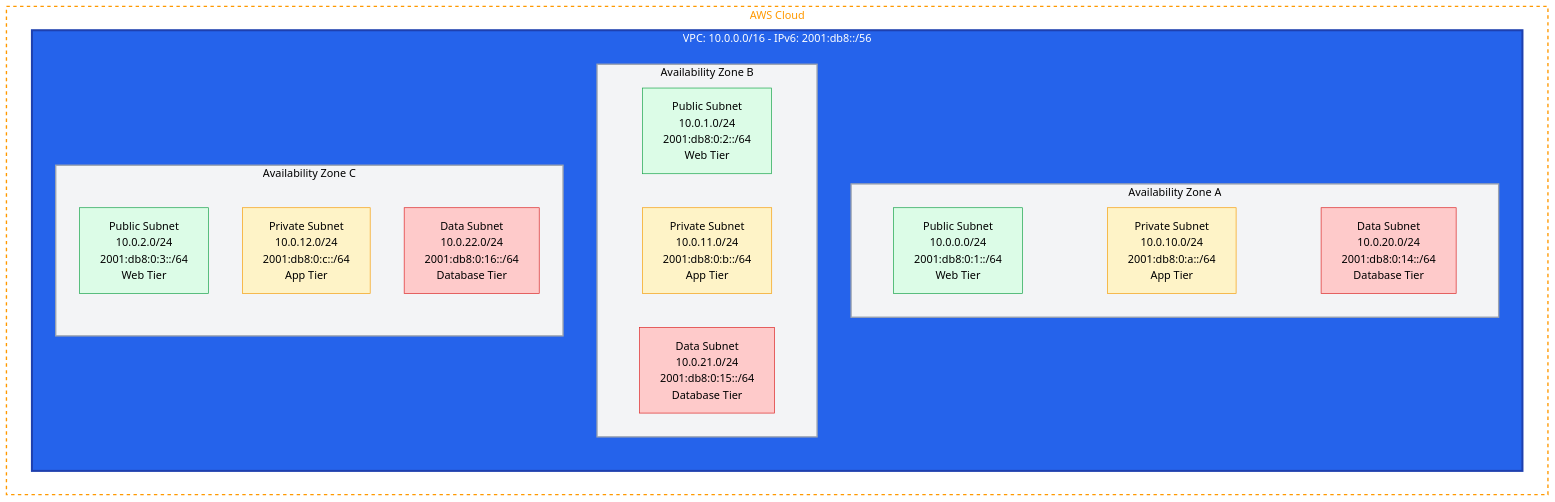
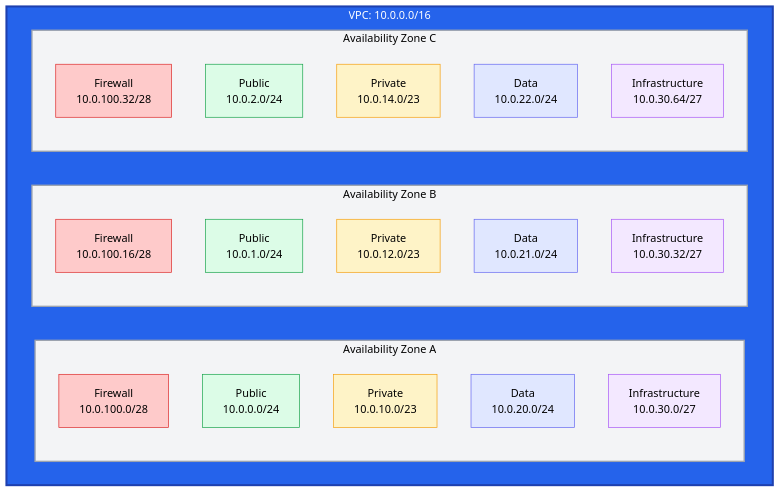
Before and after one commit to aws/aws-networking-best-practices: the diagram in content/foundation/subnets.md, drawn with Mermaid. The commit also changed other lines of this file and 41 other files, not shown here.

````diff
--- a/content/foundation/subnets.md
+++ b/content/foundation/subnets.md
@@ -5,40 +10,48 @@
 ``` mermaid
 graph TB
-    subgraph AWS["AWS Cloud"]
-        subgraph VPC["VPC: 10.0.0.0/16 - IPv6: 2001:db8::/56"]
-            subgraph AZA["Availability Zone A"]
-                PubA["Public Subnet<br/>10.0.0.0/24<br/>2001:db8:0:1::/64<br/>Web Tier"]
-                PrivA["Private Subnet<br/>10.0.10.0/24<br/>2001:db8:0:a::/64<br/>App Tier"]
-                DataA["Data Subnet<br/>10.0.20.0/24<br/>2001:db8:0:14::/64<br/>Database Tier"]
-                PubA ~~~ PrivA ~~~ DataA
-            end
-            
-            subgraph AZB["Availability Zone B"]
-                PubB["Public Subnet<br/>10.0.1.0/24<br/>2001:db8:0:2::/64<br/>Web Tier"]
-                PrivB["Private Subnet<br/>10.0.11.0/24<br/>2001:db8:0:b::/64<br/>App Tier"]
-                DataB["Data Subnet<br/>10.0.21.0/24<br/>2001:db8:0:15::/64<br/>Database Tier"]
-            end
-            
-            subgraph AZC["Availability Zone C"]
-                PubC["Public Subnet<br/>10.0.2.0/24<br/>2001:db8:0:3::/64<br/>Web Tier"]
-                PrivC["Private Subnet<br/>10.0.12.0/24<br/>2001:db8:0:c::/64<br/>App Tier"]
-                DataC["Data Subnet<br/>10.0.22.0/24<br/>2001:db8:0:16::/64<br/>Database Tier"]
-            end
+    subgraph VPC["VPC: 10.0.0.0/16"]
+        subgraph AZA["Availability Zone A"]
+            FWA["Firewall<br/>10.0.100.0/28"]
+            PubA["Public<br/>10.0.0.0/24"]
+            PrivA["Private<br/>10.0.10.0/23"]
+            DataA["Data<br/>10.0.20.0/24"]
+            InfraA["Infrastructure<br/>10.0.30.0/27"]
+        end
+        
+        subgraph AZB["Availability Zone B"]
+            FWB["Firewall<br/>10.0.100.16/28"]
+            PubB["Public<br/>10.0.1.0/24"]
+            PrivB["Private<br/>10.0.12.0/23"]
+            DataB["Data<br/>10.0.21.0/24"]
+            InfraB["Infrastructure<br/>10.0.30.32/27"]
+        end
+        
+        subgraph AZC["Availability Zone C"]
+            FWC["Firewall<br/>10.0.100.32/28"]
+            PubC["Public<br/>10.0.2.0/24"]
+            PrivC["Private<br/>10.0.14.0/23"]
+            DataC["Data<br/>10.0.22.0/24"]
+            InfraC["Infrastructure<br/>10.0.30.64/27"]
         end
     end
     
-    style AWS fill:none,stroke:#ff9900,stroke-width:2px,stroke-dasharray:5 5,color:#ff9900
     style VPC fill:#2563eb,stroke:#1e40af,stroke-width:3px,color:#fff
     style AZA fill:#f3f4f6,stroke:#9ca3af,stroke-width:2px,color:#000
     style AZB fill:#f3f4f6,stroke:#9ca3af,stroke-width:2px,color:#000
     style AZC fill:#f3f4f6,stroke:#9ca3af,stroke-width:2px,color:#000
+    style FWA fill:#fecaca,stroke:#dc2626,color:#000
+    style FWB fill:#fecaca,stroke:#dc2626,color:#000
+    style FWC fill:#fecaca,stroke:#dc2626,color:#000
     style PubA fill:#dcfce7,stroke:#16a34a,color:#000
     style PubB fill:#dcfce7,stroke:#16a34a,color:#000
     style PubC fill:#dcfce7,stroke:#16a34a,color:#000
     style PrivA fill:#fef3c7,stroke:#f59e0b,color:#000
     style PrivB fill:#fef3c7,stroke:#f59e0b,color:#000
     style PrivC fill:#fef3c7,stroke:#f59e0b,color:#000
-    style DataA fill:#fecaca,stroke:#dc2626,color:#000
-    style DataB fill:#fecaca,stroke:#dc2626,color:#000
-    style DataC fill:#fecaca,stroke:#dc2626,color:#000
+    style DataA fill:#e0e7ff,stroke:#6366f1,color:#000
+    style DataB fill:#e0e7ff,stroke:#6366f1,color:#000
+    style DataC fill:#e0e7ff,stroke:#6366f1,color:#000
+    style InfraA fill:#f3e8ff,stroke:#a855f7,color:#000
+    style InfraB fill:#f3e8ff,stroke:#a855f7,color:#000
+    style InfraC fill:#f3e8ff,stroke:#a855f7,color:#000
 ```
````
